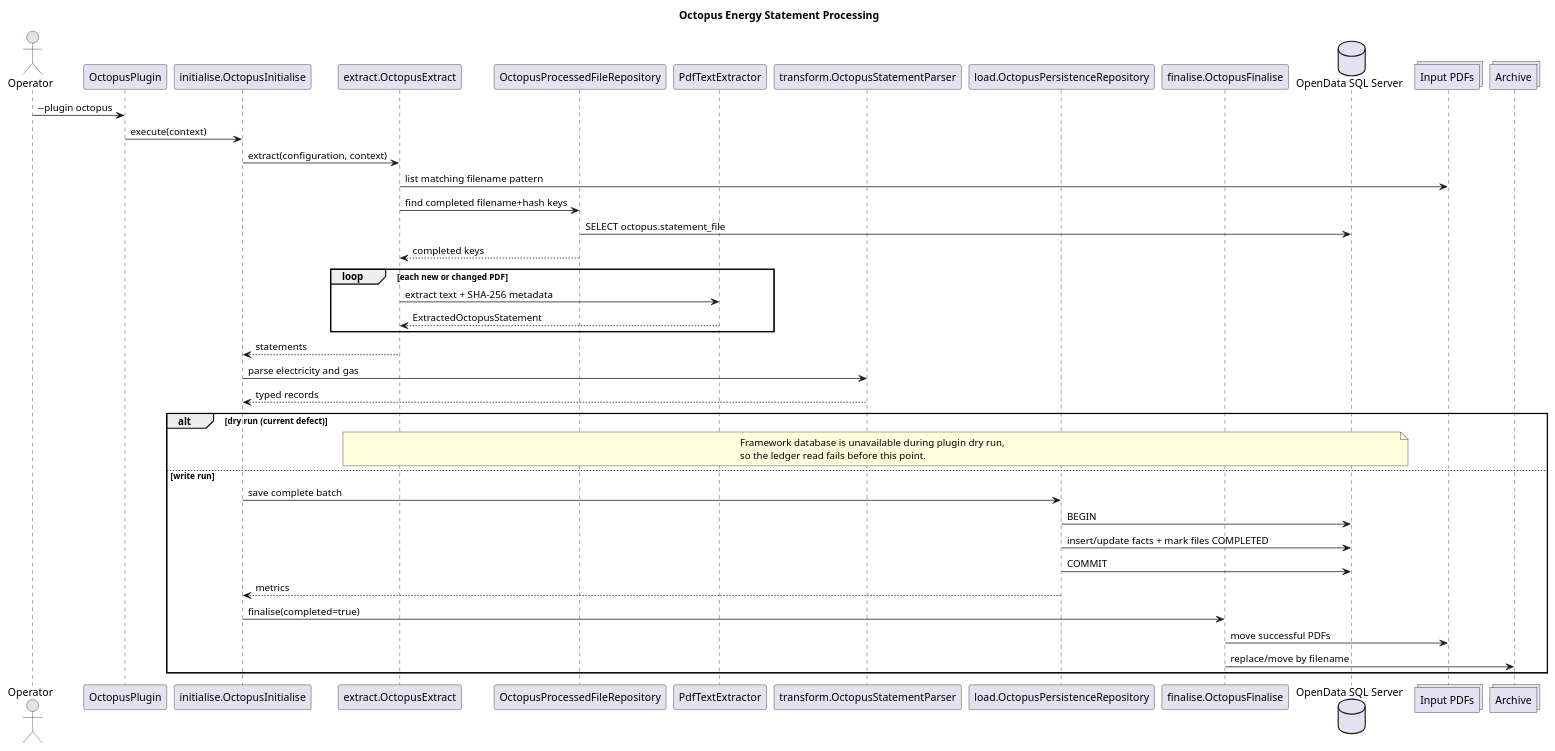
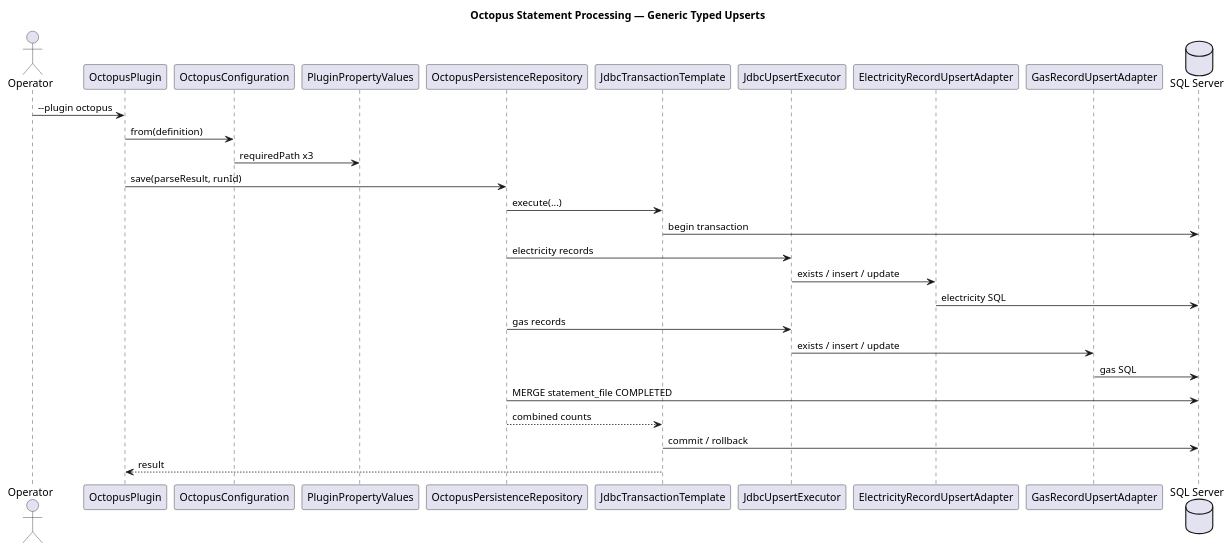
The diagram in docs/diagrams/source/octopus-statement-processing.puml (TerryCurranZellis/OpenData), drawn with PlantUML before and after one commit. The commit also changed 47 other files, not shown here.

```diff
--- a/docs/diagrams/source/octopus-statement-processing.puml
+++ b/docs/diagrams/source/octopus-statement-processing.puml
@@ -1,45 +1,32 @@
 @startuml
-title Octopus Energy Statement Processing
+!pragma layout smetana
+title Octopus Statement Processing — Generic Typed Upserts
+
 actor Operator
-participant OctopusPlugin as Plugin
-participant "initialise.OctopusInitialise" as Initialise
-participant "extract.OctopusExtract" as Extract
-participant "OctopusProcessedFileRepository" as LedgerRead
-participant PdfTextExtractor as Pdf
-participant "transform.OctopusStatementParser" as Parser
-participant "load.OctopusPersistenceRepository" as Repository
-participant "finalise.OctopusFinalise" as Finalise
-database "OpenData SQL Server" as Database
-collections "Input PDFs" as Input
-collections "Archive" as Archive
+participant OctopusPlugin
+participant OctopusConfiguration
+participant PluginPropertyValues
+participant OctopusPersistenceRepository
+participant JdbcTransactionTemplate
+participant JdbcUpsertExecutor
+participant ElectricityRecordUpsertAdapter
+participant GasRecordUpsertAdapter
+database "SQL Server" as DB
 
-Operator -> Plugin : --plugin octopus
-Plugin -> Initialise : execute(context)
-Initialise -> Extract : extract(configuration, context)
-Extract -> Input : list matching filename pattern
-Extract -> LedgerRead : find completed filename+hash keys
-LedgerRead -> Database : SELECT octopus.statement_file
-LedgerRead --> Extract : completed keys
-loop each new or changed PDF
-  Extract -> Pdf : extract text + SHA-256 metadata
-  Pdf --> Extract : ExtractedOctopusStatement
-end
-Extract --> Initialise : statements
-Initialise -> Parser : parse electricity and gas
-Parser --> Initialise : typed records
-alt dry run (current defect)
-  note over Extract,Database
-    Framework database is unavailable during plugin dry run,
-    so the ledger read fails before this point.
-  end note
-else write run
-  Initialise -> Repository : save complete batch
-  Repository -> Database : BEGIN
-  Repository -> Database : insert/update facts + mark files COMPLETED
-  Repository -> Database : COMMIT
-  Repository --> Initialise : metrics
-  Initialise -> Finalise : finalise(completed=true)
-  Finalise -> Input : move successful PDFs
-  Finalise -> Archive : replace/move by filename
-end
+Operator -> OctopusPlugin : --plugin octopus
+OctopusPlugin -> OctopusConfiguration : from(definition)
+OctopusConfiguration -> PluginPropertyValues : requiredPath x3
+OctopusPlugin -> OctopusPersistenceRepository : save(parseResult, runId)
+OctopusPersistenceRepository -> JdbcTransactionTemplate : execute(...)
+JdbcTransactionTemplate -> DB : begin transaction
+OctopusPersistenceRepository -> JdbcUpsertExecutor : electricity records
+JdbcUpsertExecutor -> ElectricityRecordUpsertAdapter : exists / insert / update
+ElectricityRecordUpsertAdapter -> DB : electricity SQL
+OctopusPersistenceRepository -> JdbcUpsertExecutor : gas records
+JdbcUpsertExecutor -> GasRecordUpsertAdapter : exists / insert / update
+GasRecordUpsertAdapter -> DB : gas SQL
+OctopusPersistenceRepository -> DB : MERGE statement_file COMPLETED
+OctopusPersistenceRepository --> JdbcTransactionTemplate : combined counts
+JdbcTransactionTemplate -> DB : commit / rollback
+JdbcTransactionTemplate --> OctopusPlugin : result
 @enduml
```
